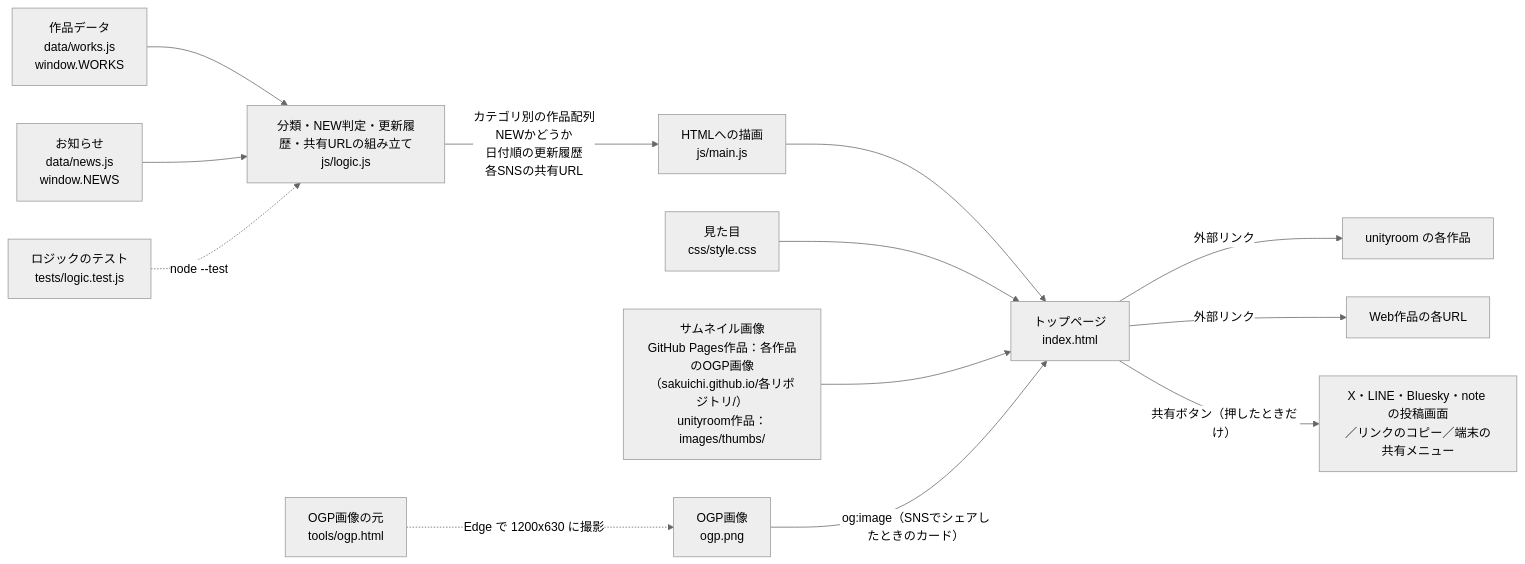
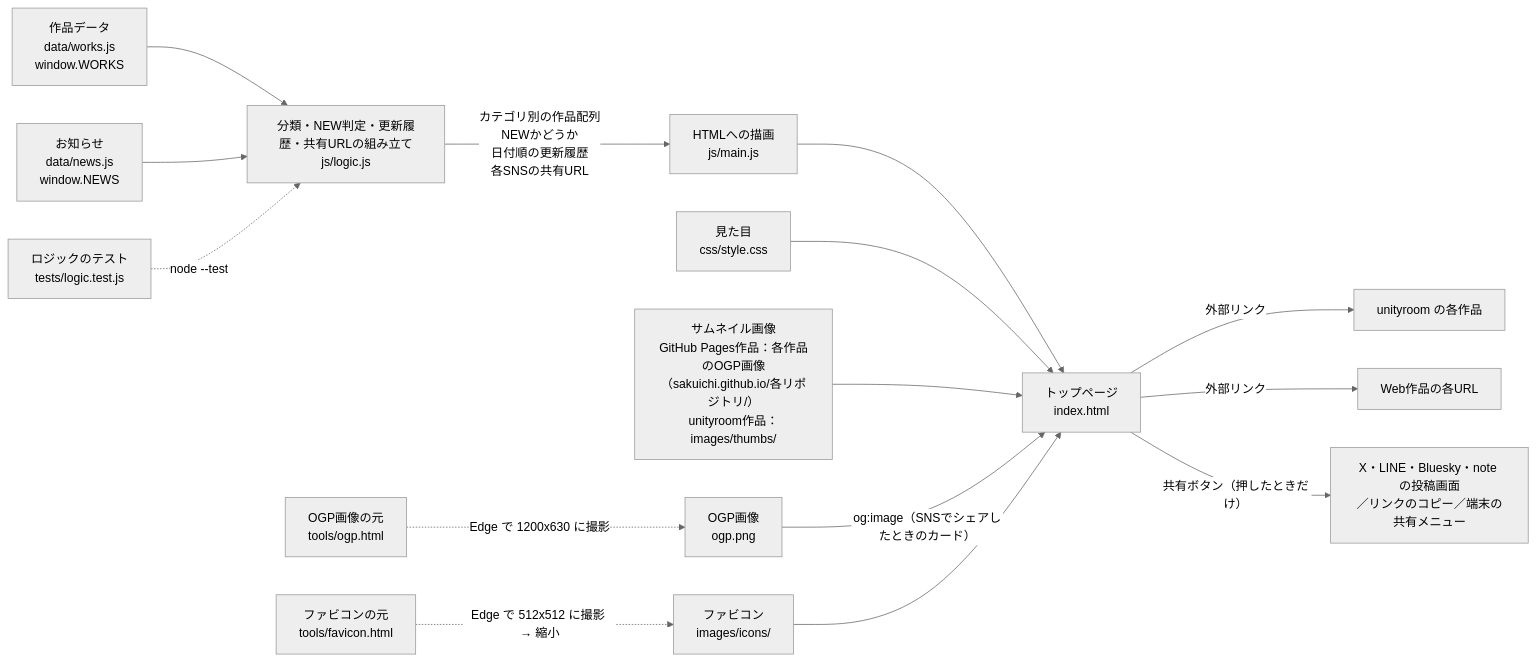
The diagram in docs/architecture.md (sakuichi/portfolio), drawn with Mermaid (neutral theme) before and after one commit. The commit also changed other lines of this file and 7 other files, not shown here.

````diff
--- a/docs/architecture.md
+++ b/docs/architecture.md
@@ -8,16 +8,18 @@
 ```mermaid
 flowchart LR
   W["作品データ<br>data/works.js<br>window.WORKS"] --> L
   N["お知らせ<br>data/news.js<br>window.NEWS"] --> L
   L["分類・NEW判定・更新履歴・共有URLの組み立て<br>js/logic.js"] -->|"カテゴリ別の作品配列<br>NEWかどうか<br>日付順の更新履歴<br>各SNSの共有URL"| M
   M["HTMLへの描画<br>js/main.js"] --> I
   I["トップページ<br>index.html"]
   C["見た目<br>css/style.css"] --> I
   T["サムネイル画像<br>GitHub Pages作品：各作品のOGP画像（sakuichi.github.io/各リポジトリ/）<br>unityroom作品：images/thumbs/"] --> I
   I -->|外部リンク| U["unityroom の各作品"]
   I -->|外部リンク| S["Web作品の各URL"]
   I -->|"共有ボタン（押したときだけ）"| SNS["X・LINE・Bluesky・note の投稿画面<br>／リンクのコピー／端末の共有メニュー"]
   X["ロジックのテスト<br>tests/logic.test.js"] -.->|node --test| L
   O["OGP画像の元<br>tools/ogp.html"] -.->|Edge で 1200x630 に撮影| P["OGP画像<br>ogp.png"]
   P -->|"og:image（SNSでシェアしたときのカード）"| I
+  F["ファビコンの元<br>tools/favicon.html"] -.->|"Edge で 512x512 に撮影 → 縮小"| FI["ファビコン<br>images/icons/"]
+  FI --> I
 ```
````
